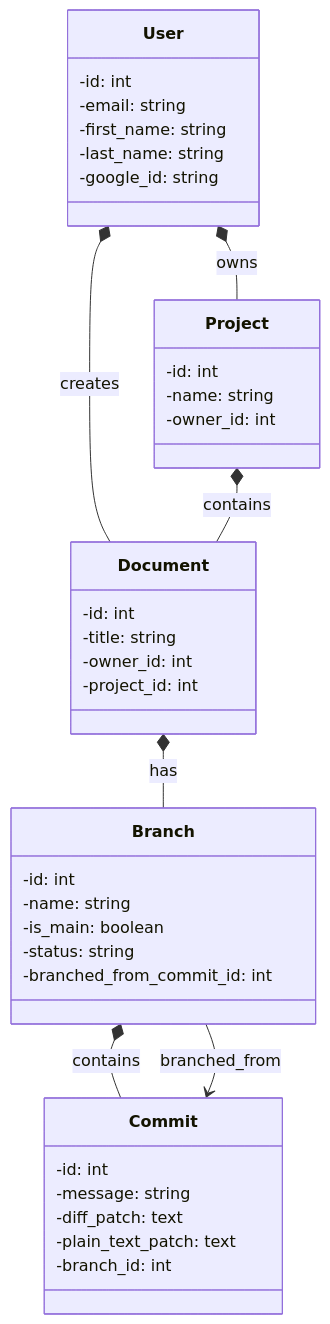
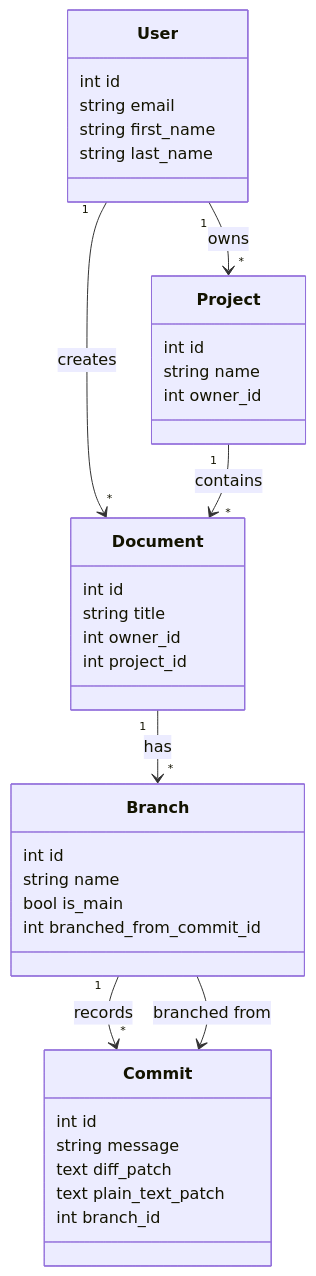
The second of 2 diagrams in README.md (dangjacob101/DocuCommit), drawn with Mermaid before and after one commit. The commit also changed other lines of this file and 1 other file, not shown here.

Commit message:
docs: present DocuCommit as an engineering project

````diff
--- a/README.md
+++ b/README.md
@@ -105,49 +60,44 @@
 ```mermaid
 classDiagram
-    %% Composition: The existence of the child depends on the parent (Cascade Deletes)
-    User *-- Project : owns
-    User *-- Document : creates
-    Project *-- Document : contains
-    Document *-- Branch : has
-    Branch *-- Commit : contains
-    
-    %% Navigable Association: Branch holds a reference to a specific base Commit
-    Branch --> Commit : branched_from
+    User "1" --> "*" Project : owns
+    User "1" --> "*" Document : creates
+    Project "1" --> "*" Document : contains
+    Document "1" --> "*" Branch : has
+    Branch "1" --> "*" Commit : records
+    Branch --> Commit : branched from
 
     class User {
-        -id: int
-        -email: string
-        -first_name: string
-        -last_name: string
-        -google_id: string
+        int id
+        string email
+        string first_name
+        string last_name
     }
-    
+
     class Project {
-        -id: int
-        -name: string
-        -owner_id: int
+        int id
+        string name
+        int owner_id
     }
-    
+
     class Document {
-        -id: int
-        -title: string
-        -owner_id: int
-        -project_id: int
+        int id
+        string title
+        int owner_id
+        int project_id
     }
-    
+
     class Branch {
-        -id: int
-        -name: string
-        -is_main: boolean
-        -status: string
-        -branched_from_commit_id: int
+        int id
+        string name
+        bool is_main
+        int branched_from_commit_id
     }
-    
+
     class Commit {
-        -id: int
-        -message: string
-        -diff_patch: text
-        -plain_text_patch: text
-        -branch_id: int
+        int id
+        string message
+        text diff_patch
+        text plain_text_patch
+        int branch_id
     }
 ```
````
